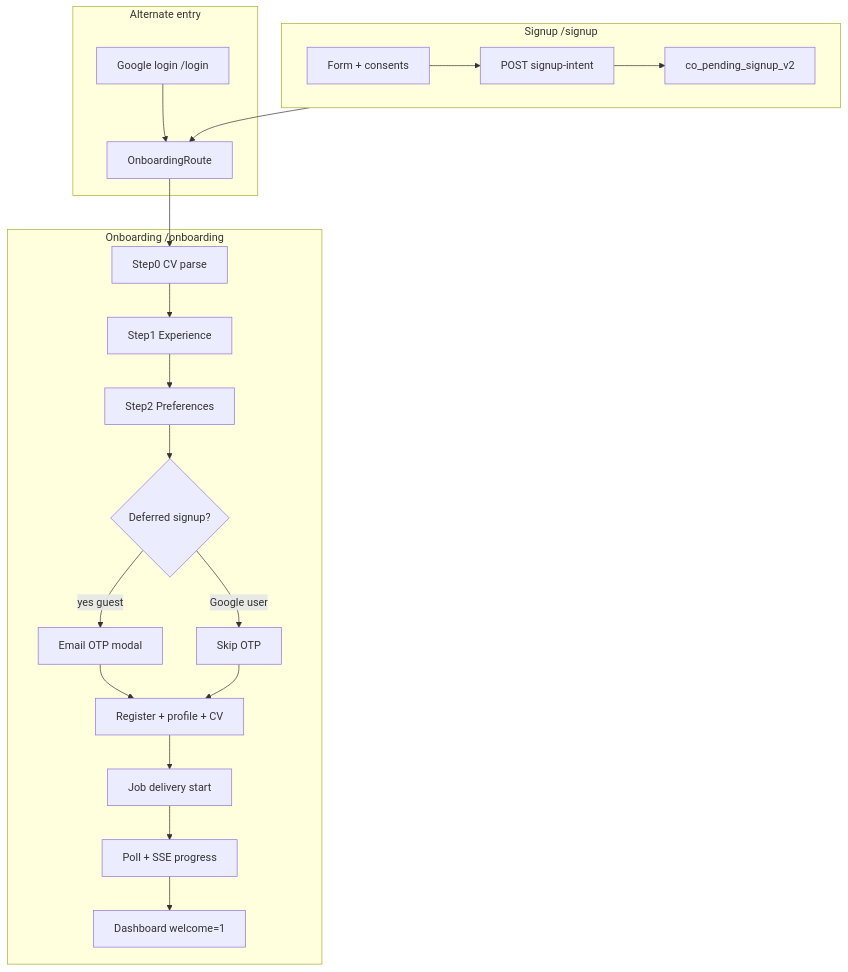
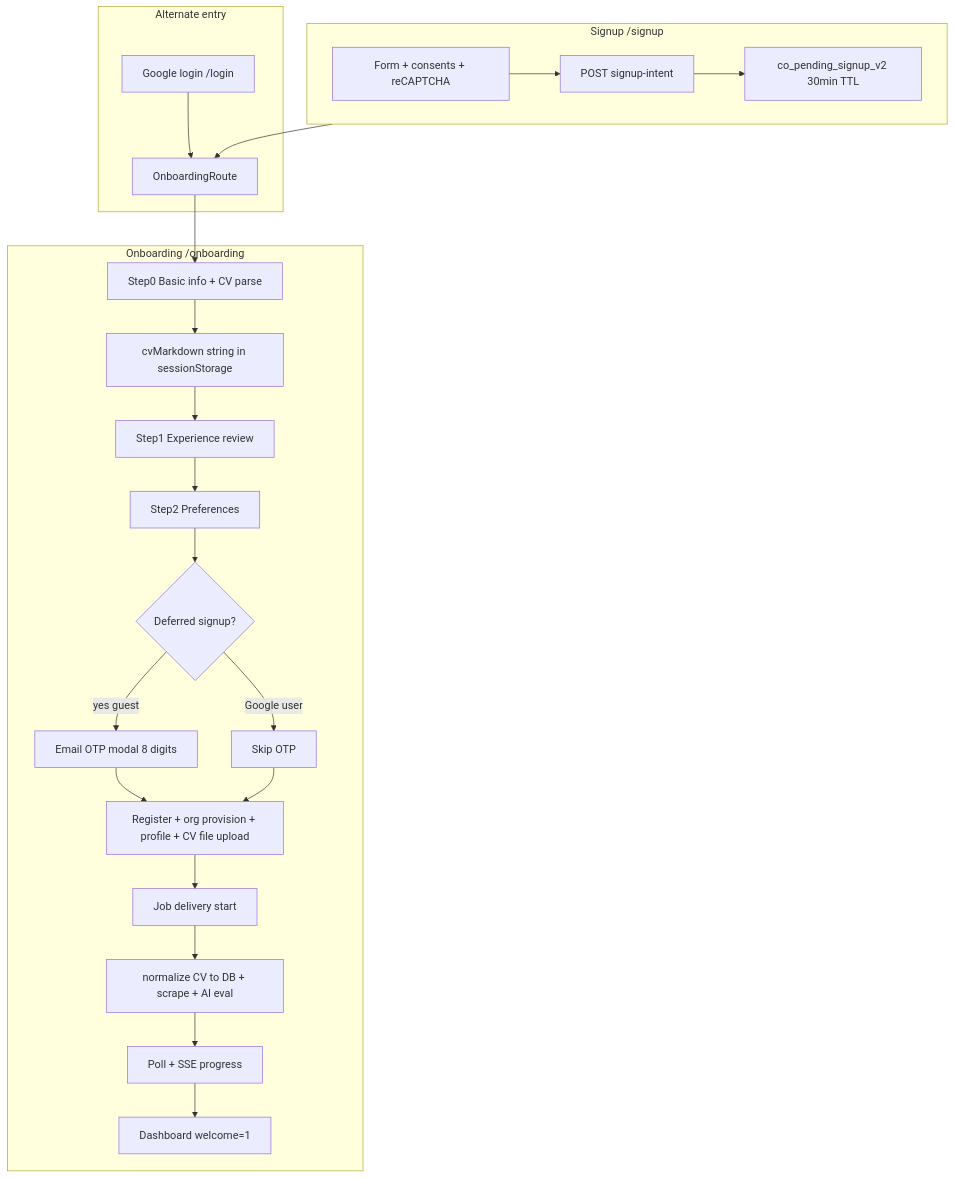
Before and after one commit to yugandharreddybana/NewCareers: the diagram in pagesflow/signup-onboarding/diagrams/journey-overview.mmd, drawn with Mermaid. The commit also changed 24 other files, not shown here.

First line of the commit message:
fix: onboarding CV AI parse and refresh signup pipeline docs

```diff
--- a/pagesflow/signup-onboarding/diagrams/journey-overview.mmd
+++ b/pagesflow/signup-onboarding/diagrams/journey-overview.mmd
@@ -1,22 +1,24 @@
 flowchart TB
     subgraph signupFlow [Signup /signup]
-        S1[Form + consents] --> S2[POST signup-intent]
-        S2 --> S3[co_pending_signup_v2]
+        S1[Form + consents + reCAPTCHA] --> S2[POST signup-intent]
+        S2 --> S3[co_pending_signup_v2 30min TTL]
     end
     subgraph altEntry [Alternate entry]
         G[Google login /login] --> O0
     end
     subgraph onboardingFlow [Onboarding /onboarding]
-        O0[OnboardingRoute] --> O1[Step0 CV parse]
-        O1 --> O2[Step1 Experience]
+        O0[OnboardingRoute] --> O1[Step0 Basic info + CV parse]
+        O1 --> O1b[cvMarkdown string in sessionStorage]
+        O1b --> O2[Step1 Experience review]
         O2 --> O3[Step2 Preferences]
         O3 --> O4{Deferred signup?}
-        O4 -->|yes guest| O5[Email OTP modal]
+        O4 -->|yes guest| O5[Email OTP modal 8 digits]
         O4 -->|Google user| O6[Skip OTP]
-        O5 --> O7[Register + profile + CV]
+        O5 --> O7[Register + org provision + profile + CV file upload]
         O6 --> O7
         O7 --> O8[Job delivery start]
-        O8 --> O9[Poll + SSE progress]
-        O9 --> O10[Dashboard welcome=1]
+        O8 --> O9[normalize CV to DB + scrape + AI eval]
+        O9 --> O10[Poll + SSE progress]
+        O10 --> O11[Dashboard welcome=1]
     end
     signupFlow --> O0
```
